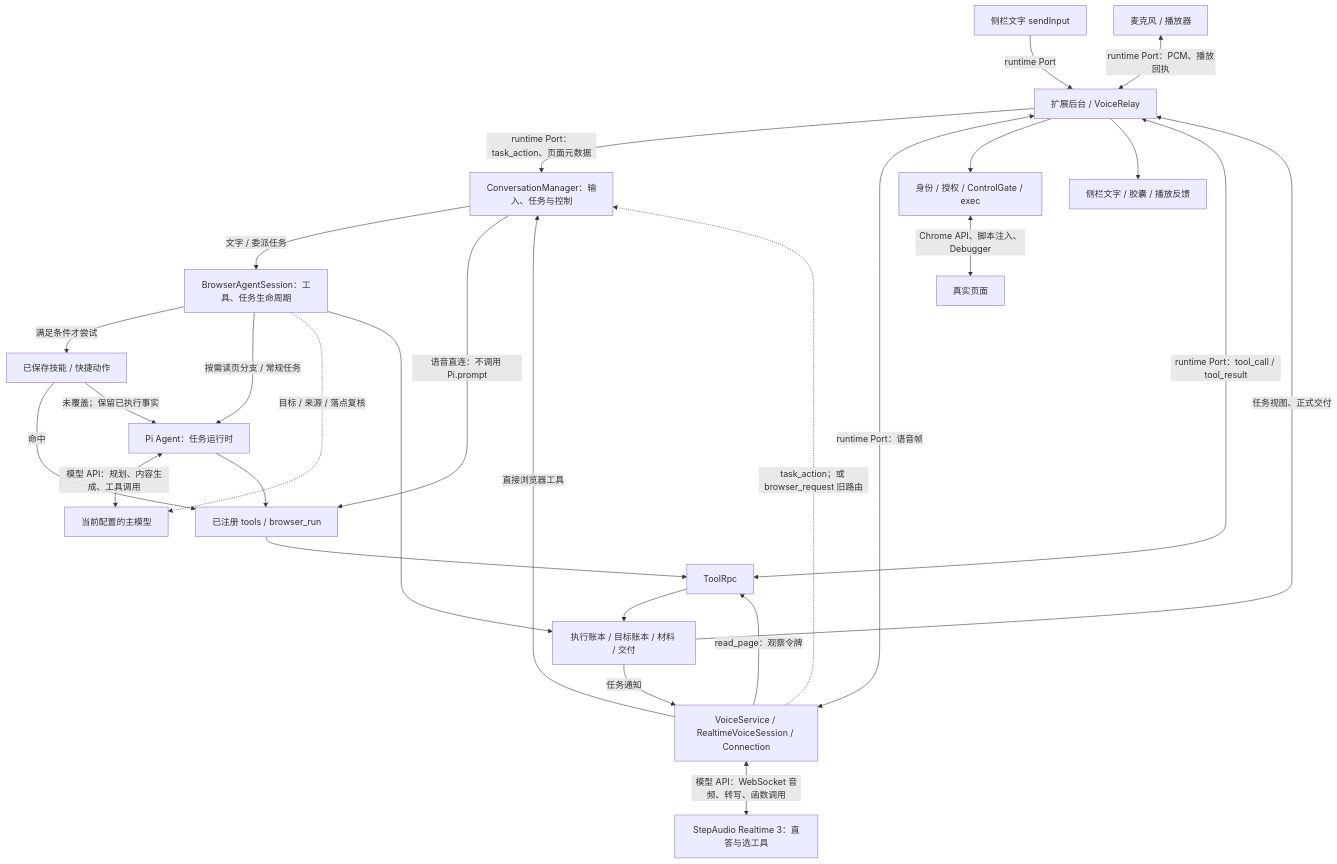
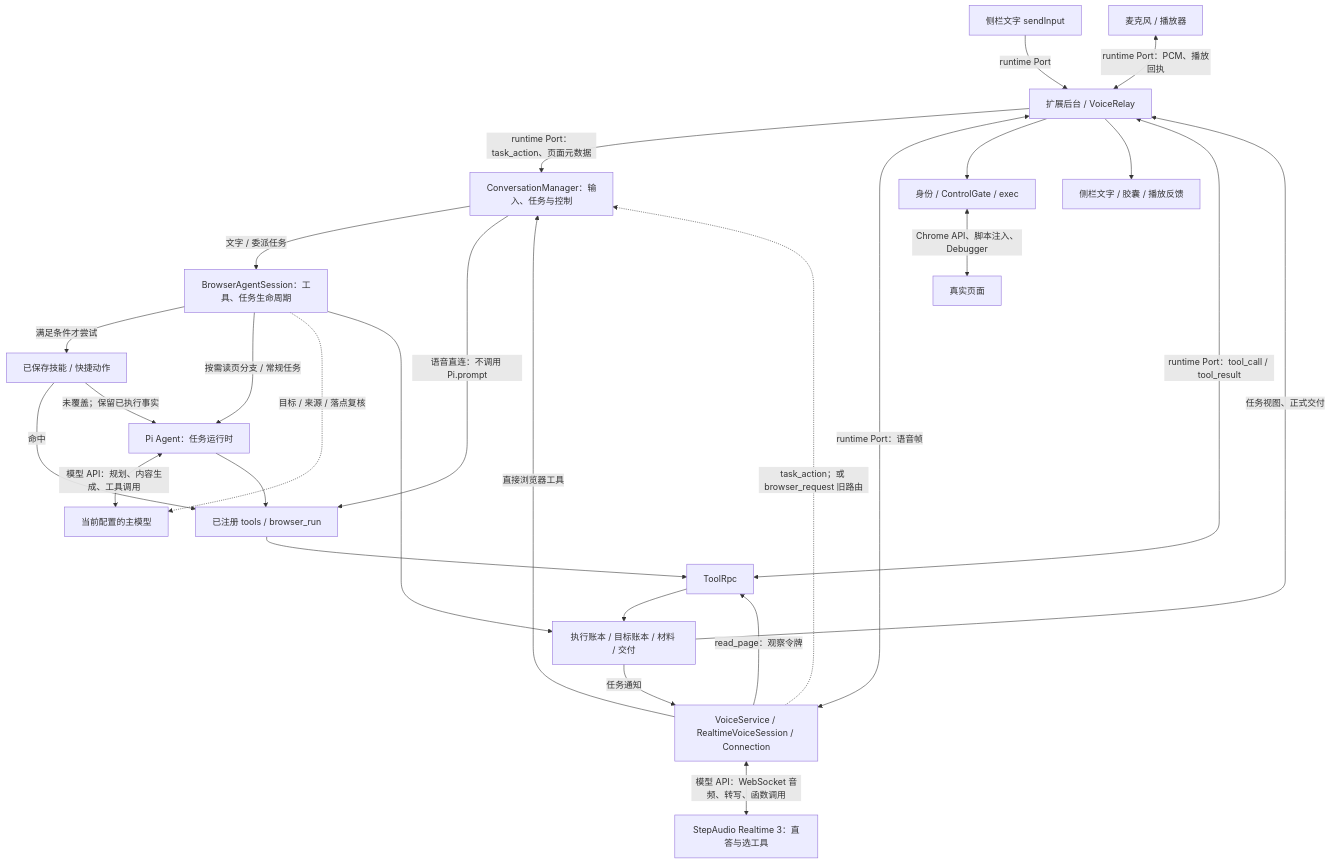
One commit to yishu-ziyu/By-Your-Side changed the diagram in docs/architecture.md. Above: the diagram before and after it, drawn with Mermaid. The commit also changed other lines of this file and 133 other files, not shown here.

````diff
--- a/docs/architecture.md
+++ b/docs/architecture.md
@@ -19,29 +19,29 @@
 ```mermaid
 flowchart TD
   Text[侧栏文字 sendInput] -->|runtime Port| BG[扩展后台 / VoiceRelay]
   Audio[麦克风 / 播放器] <-->|runtime Port：PCM、播放回执| BG
   BG -->|runtime Port：task_action、页面元数据| CM[ConversationManager：输入、任务与控制]
   BG <-->|runtime Port：语音帧| VS[VoiceService / RealtimeVoiceSession / Connection]
   VS <-->|模型 API：WebSocket 音频、转写、函数调用| RT[StepAudio Realtime 3：直答与选工具]
   VS -->|直接浏览器工具| CM
   VS -.->|task_action；或 browser_request 旧路由| CM
   CM -->|文字 / 委派任务| Session[BrowserAgentSession：工具、任务生命周期]
   Session -->|满足条件才尝试| Fast[已保存技能 / 快捷动作]
   Fast -->|命中| Tools[已注册 tools / browser_run]
   Fast -->|未覆盖；保留已执行事实| Pi[Pi Agent：任务运行时]
   Session -->|按需读页分支 / 常规任务| Pi
   Pi <-->|模型 API：规划、内容生成、工具调用| LLM[当前配置的主模型]
   Pi --> Tools
   CM -->|语音直连：不调用 Pi.prompt| Tools
   VS -->|read_page：观察令牌| RPC[ToolRpc]
   Tools --> RPC
   RPC <-->|runtime Port：tool_call / tool_result| BG
-  BG --> Gate[身份 / 授权 / ControlGate / exec]
+  BG --> Gate[身份 / ControlGate / exec]
   Gate <-->|Chrome API、脚本注入、Debugger| Page[真实页面]
   Session -.->|目标 / 来源 / 落点复核| LLM
   RPC --> Facts[执行账本 / 目标账本 / 材料 / 交付]
   Session --> Facts
   Facts -->|任务视图、正式交付| BG
   Facts -->|任务通知| VS
   BG --> UI[侧栏文字 / 胶囊 / 播放反馈]
 ```
````
